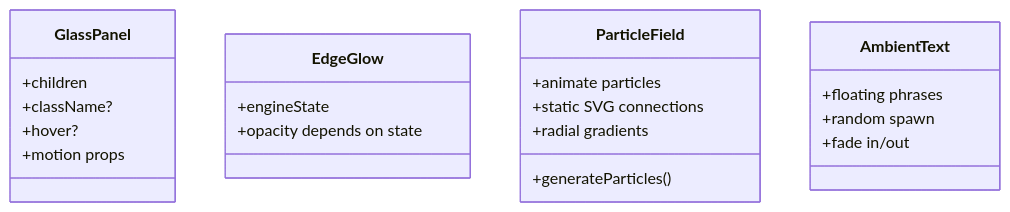
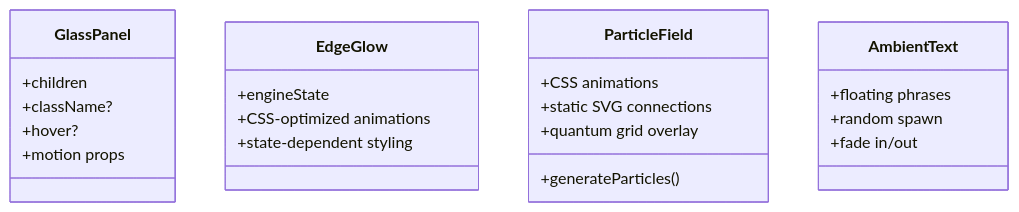
Before and after one commit to Moeabdelaziz007/Aether-Voice-OS: the eighth of 9 diagrams in .qoder/repowiki/en/content/Frontend Application/Visual Interface Components/Visual Interface Components.md, drawn with Mermaid. The commit also changed other lines of this file and 29 other files, not shown here.

````diff
--- a/.qoder/repowiki/en/content/Frontend Application/Visual Interface Components/Visual Interface Components.md
+++ b/.qoder/repowiki/en/content/Frontend Application/Visual Interface Components/Visual Interface Components.md
@@ -381,24 +350,25 @@
 ```mermaid
 classDiagram
 class GlassPanel {
 +children
 +className?
 +hover?
 +motion props
 }
 class EdgeGlow {
 +engineState
-+opacity depends on state
++CSS-optimized animations
++state-dependent styling
 }
 class ParticleField {
 +generateParticles()
-+animate particles
++CSS animations
 +static SVG connections
-+radial gradients
++quantum grid overlay
 }
 class AmbientText {
 +floating phrases
 +random spawn
 +fade in/out
 }
 ```
````
